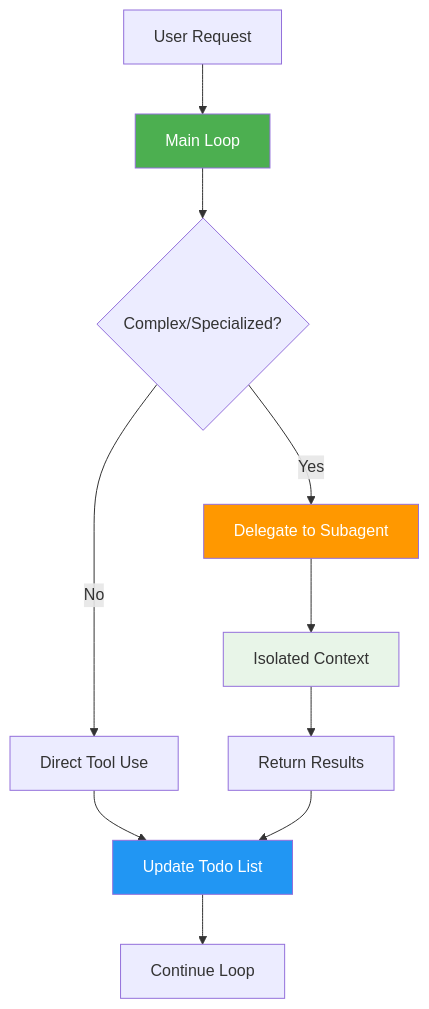
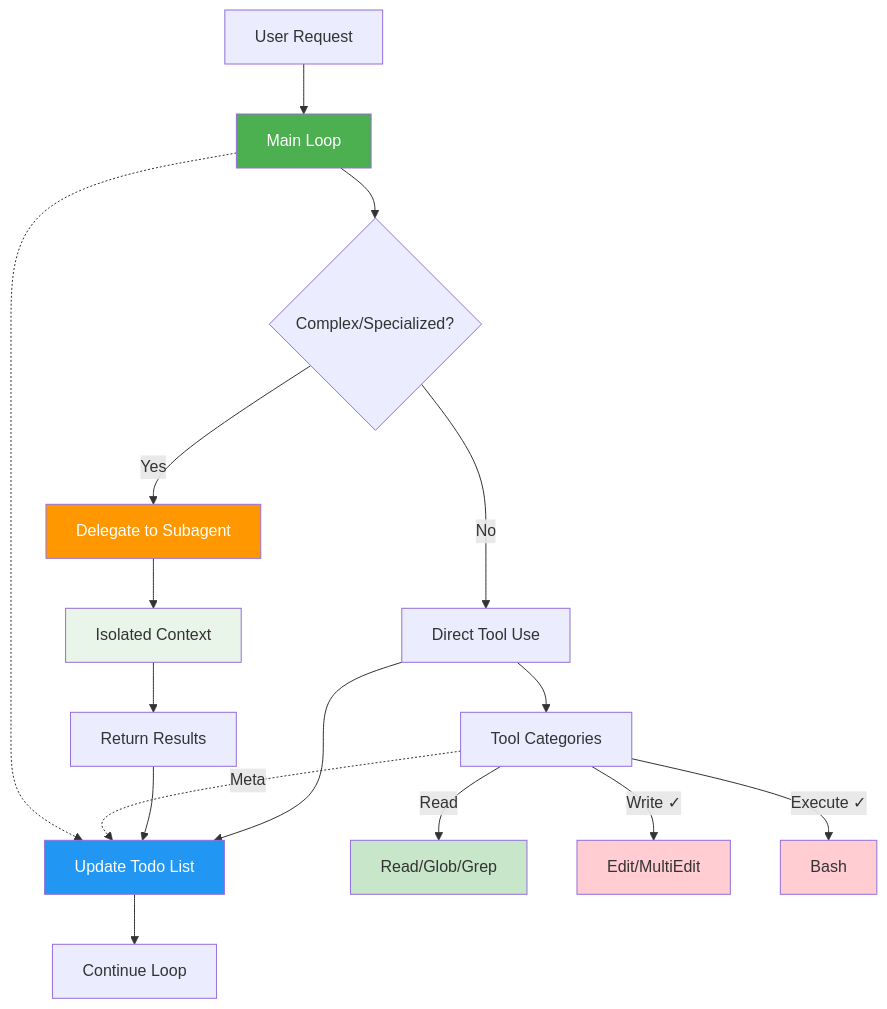
Before and after one commit to mldangelo/eairg-coding-agent-talk: the second of 4 diagrams in talk.md, drawn with Mermaid. The commit also changed other lines of this file, not shown here.

````diff
--- a/talk.md
+++ b/talk.md
@@ -276,17 +280,28 @@
 ```mermaid
 graph TD
     A[User Request] --> B[Main Loop]
     B --> C{Complex/Specialized?}
     C -->|No| D[Direct Tool Use]
     C -->|Yes| E[Delegate to Subagent]
     E --> F[Isolated Context]
     F --> G[Return Results]
     D --> H[Update Todo List]
     G --> H
     H --> I[Continue Loop]
 
+    D --> J[Tool Categories]
+    J -.->|Meta| H
+    J -->|Read| K[Read/Glob/Grep]
+    J -->|Write ✓| L[Edit/MultiEdit]
+    J -->|Execute ✓| M[Bash]
+
+    B -.-> H
+
     style B fill:#4caf50,color:#fff
     style E fill:#ff9800,color:#fff
     style F fill:#e8f5e8
     style H fill:#2196f3,color:#fff
+    style K fill:#c8e6c9
+    style L fill:#ffcdd2
+    style M fill:#ffcdd2
 ```
````
